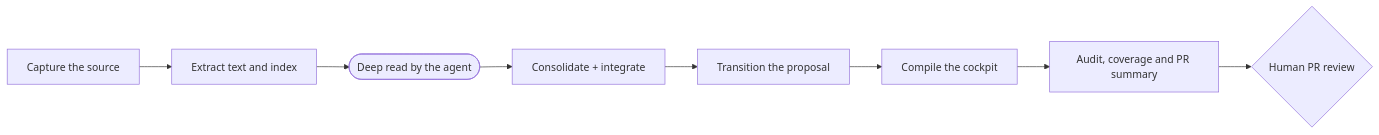
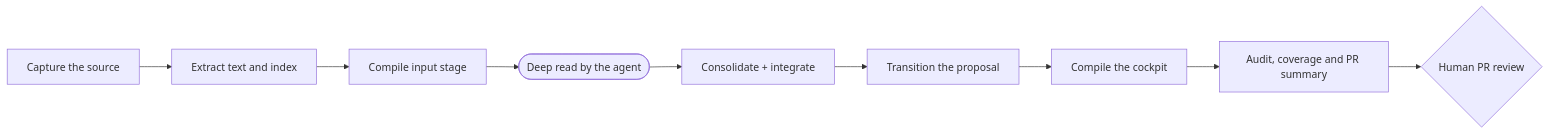
One commit to kimlage/wiki-viva-kit changed the diagram in memories/system/wiki/command-reference.md. Above: the diagram before and after it, drawn with Mermaid. The commit also changed other lines of this file and 86 other files, not shown here.

Commit message:
Add integral root entity input stage v6.8

````diff
--- a/memories/system/wiki/command-reference.md
+++ b/memories/system/wiki/command-reference.md
@@ -498,10 +529,11 @@
 ```mermaid
 flowchart LR
     Capture["Capture the source"] --> Derive["Extract text and index"]
-    Derive --> DeepRead(["Deep read by the agent"])
+    Derive --> Stage["Compile input stage"]
+    Stage --> DeepRead(["Deep read by the agent"])
     DeepRead --> Integrate["Consolidate + integrate"]
     Integrate --> GateStep["Transition the proposal"]
     GateStep --> Compile["Compile the cockpit"]
     Compile --> Validate["Audit, coverage and PR summary"]
     Validate --> PR{"Human PR review"}
 ```
````
